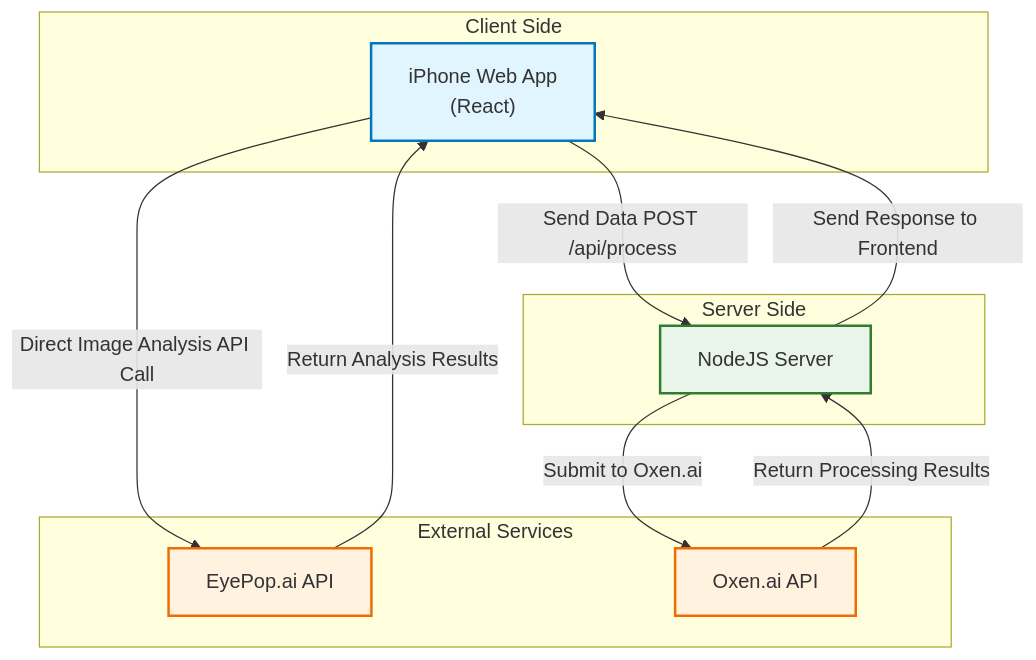
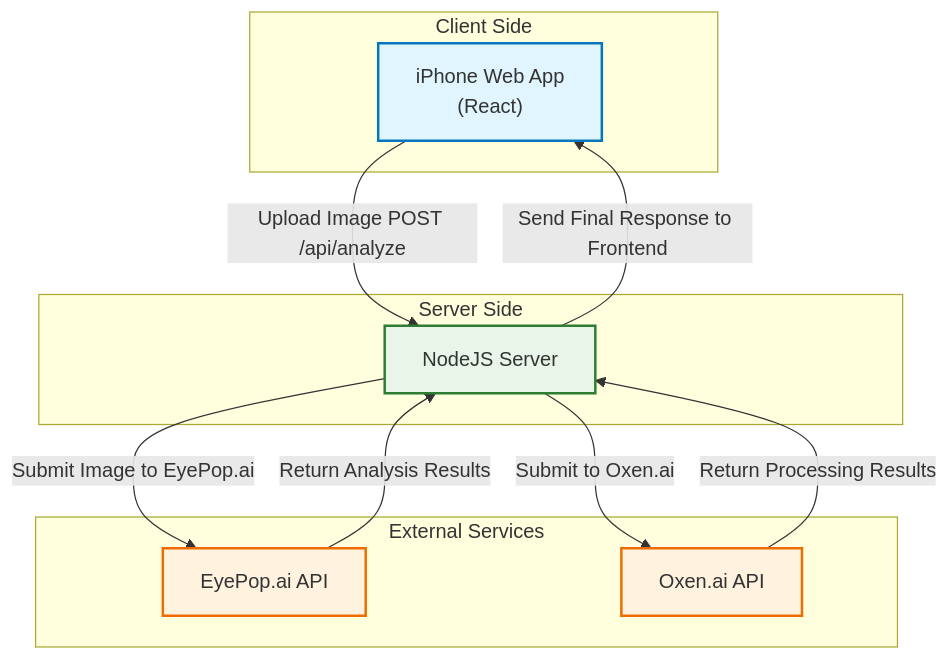
Before and after one commit to MaximeBoulat/hackfrontier_project: the diagram in Documentation/Architecture/Architecture/Resources/SystemFlow.md, drawn with Mermaid. The commit also changed 1 other file, not shown here.

Commit message:
Updating documentation to centralize everything in the NodeJS server

````diff
--- a/Documentation/Architecture/Architecture/Resources/SystemFlow.md
+++ b/Documentation/Architecture/Architecture/Resources/SystemFlow.md
@@ -2,38 +2,38 @@
 ```mermaid
 
 flowchart TD
 
     iPhone["iPhone Web App<br/>(React)"]
     NodeJS["NodeJS Server"]
     Eyepop["EyePop.ai API"]
     Oxen["Oxen.ai API"]
 
     subgraph Client["Client Side"]
         iPhone
     end
 
     subgraph Server["Server Side"]
         NodeJS
     end
 
     subgraph ExternalServices["External Services"]
         Eyepop
         Oxen
     end
 
-    iPhone --> |"Direct Image Analysis API Call"| Eyepop
-    Eyepop --> |"Return Analysis Results"| iPhone
-    iPhone --> |"Send Data POST /api/process"| NodeJS
+    iPhone --> |"Upload Image POST /api/analyze"| NodeJS
+    NodeJS --> |"Submit Image to EyePop.ai"| Eyepop
+    Eyepop --> |"Return Analysis Results"| NodeJS
     NodeJS --> |"Submit to Oxen.ai"| Oxen
     Oxen --> |"Return Processing Results"| NodeJS
-    NodeJS --> |"Send Response to Frontend"| iPhone
+    NodeJS --> |"Send Final Response to Frontend"| iPhone
 
     classDef clientBox fill:#e1f5fe,stroke:#0277bd,stroke-width:2px
     classDef serverBox fill:#e8f5e8,stroke:#2e7d32,stroke-width:2px
     classDef externalBox fill:#fff3e0,stroke:#ef6c00,stroke-width:2px
 
     class iPhone clientBox
     class NodeJS serverBox
     class Eyepop,Oxen externalBox
     
 ``` 
````
